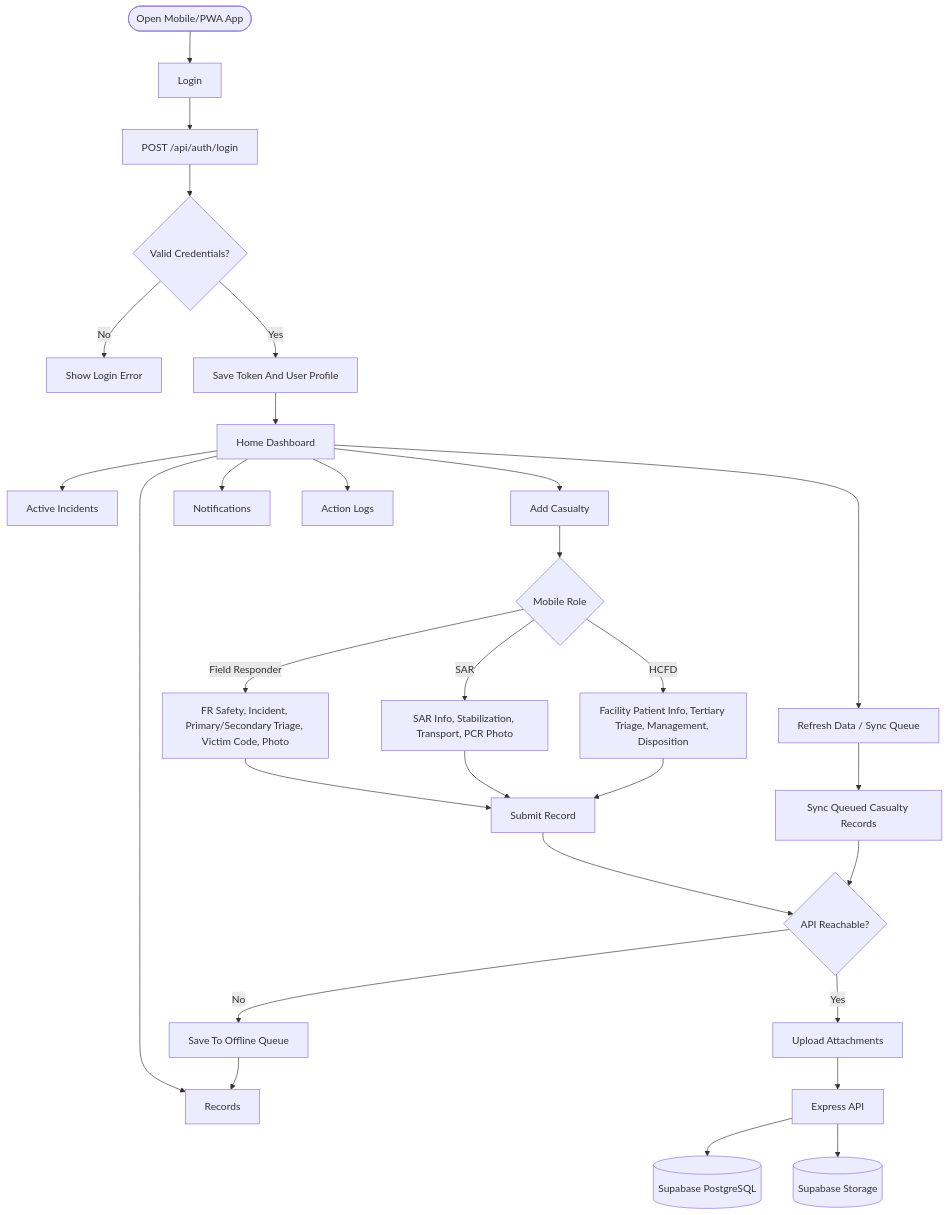
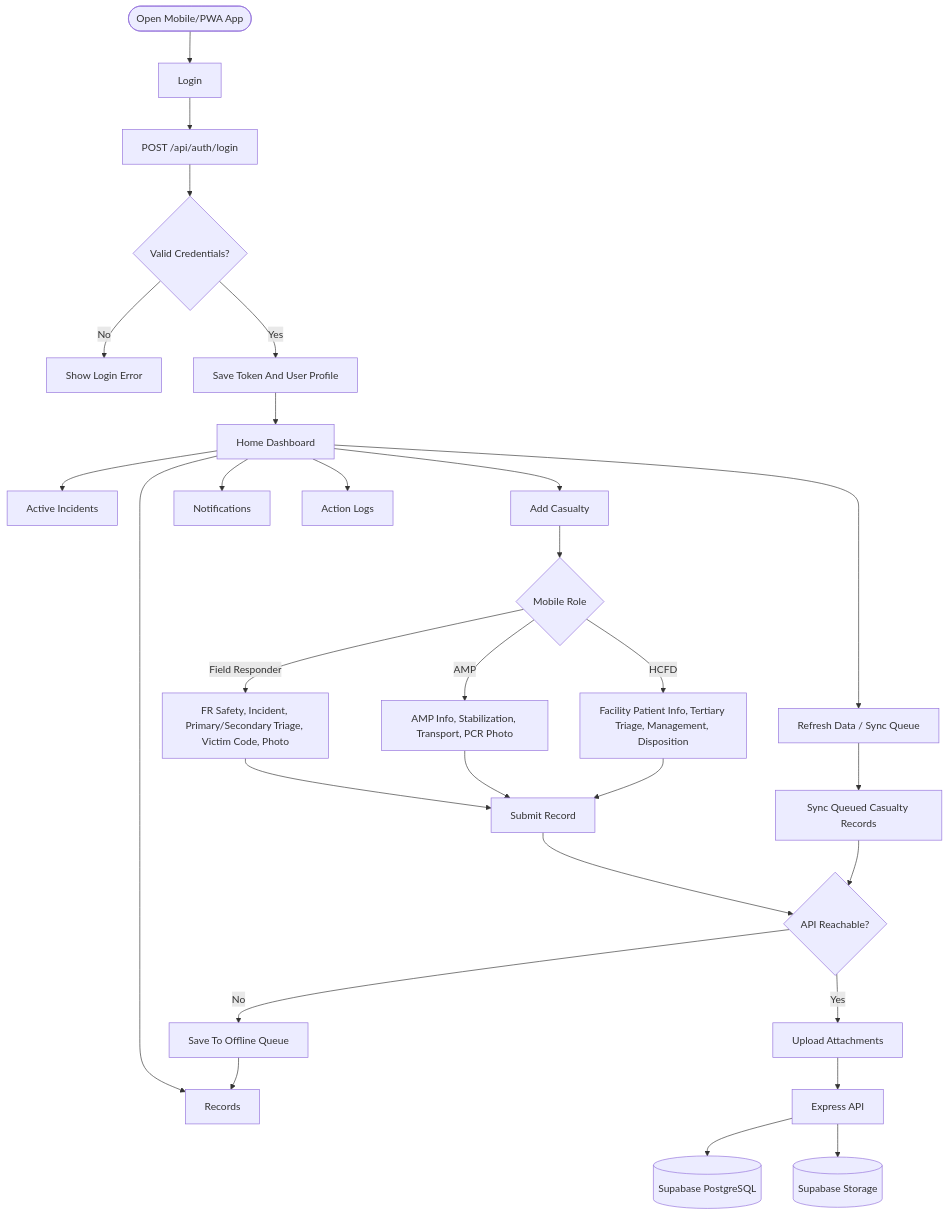
The third of 11 diagrams in disaster-casualty-system/PROJECT_FLOWCHART_AND_DFD.md (jlgallajones/upmanila), drawn with Mermaid before and after one commit. The commit also changed other lines of this file and 15 other files, not shown here.

````diff
--- a/disaster-casualty-system/PROJECT_FLOWCHART_AND_DFD.md
+++ b/disaster-casualty-system/PROJECT_FLOWCHART_AND_DFD.md
@@ -112,37 +112,37 @@
 ```mermaid
 flowchart TD
   MobileStart([Open Mobile/PWA App]) --> Login[Login]
   Login --> AuthAPI[POST /api/auth/login]
   AuthAPI --> AuthResult{Valid Credentials?}
 
   AuthResult -->|No| LoginError[Show Login Error]
   AuthResult -->|Yes| SaveSession[Save Token And User Profile]
 
   SaveSession --> Dashboard[Home Dashboard]
   Dashboard --> ActiveIncidents[Active Incidents]
   Dashboard --> AddCasualty[Add Casualty]
   Dashboard --> Records[Records]
   Dashboard --> Notifications[Notifications]
   Dashboard --> ActionLogs[Action Logs]
   Dashboard --> RefreshData[Refresh Data / Sync Queue]
 
   AddCasualty --> RoleCheck{Mobile Role}
   RoleCheck -->|Field Responder| FRForm[FR Safety, Incident, Primary/Secondary Triage, Victim Code, Photo]
-  RoleCheck -->|SAR| SARForm[SAR Info, Stabilization, Transport, PCR Photo]
+  RoleCheck -->|AMP| AMPForm[AMP Info, Stabilization, Transport, PCR Photo]
   RoleCheck -->|HCFD| HCFDForm[Facility Patient Info, Tertiary Triage, Management, Disposition]
 
   FRForm --> Submit[Submit Record]
-  SARForm --> Submit
+  AMPForm --> Submit
   HCFDForm --> Submit
 
   Submit --> NetworkCheck{API Reachable?}
   NetworkCheck -->|Yes| UploadAttachments[Upload Attachments]
   UploadAttachments --> API[Express API]
   API --> DB[(Supabase PostgreSQL)]
   API --> Storage[(Supabase Storage)]
 
   NetworkCheck -->|No| SaveQueue[Save To Offline Queue]
   SaveQueue --> Records
   RefreshData --> SyncQueue[Sync Queued Casualty Records]
   SyncQueue --> NetworkCheck
 ```
````
